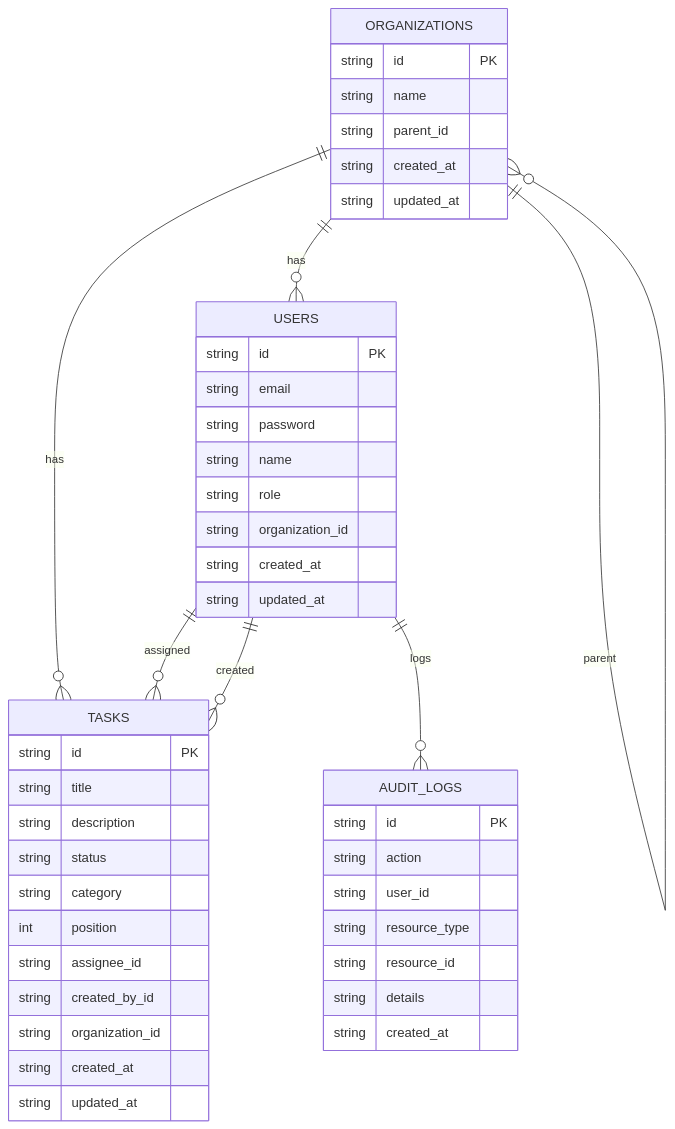
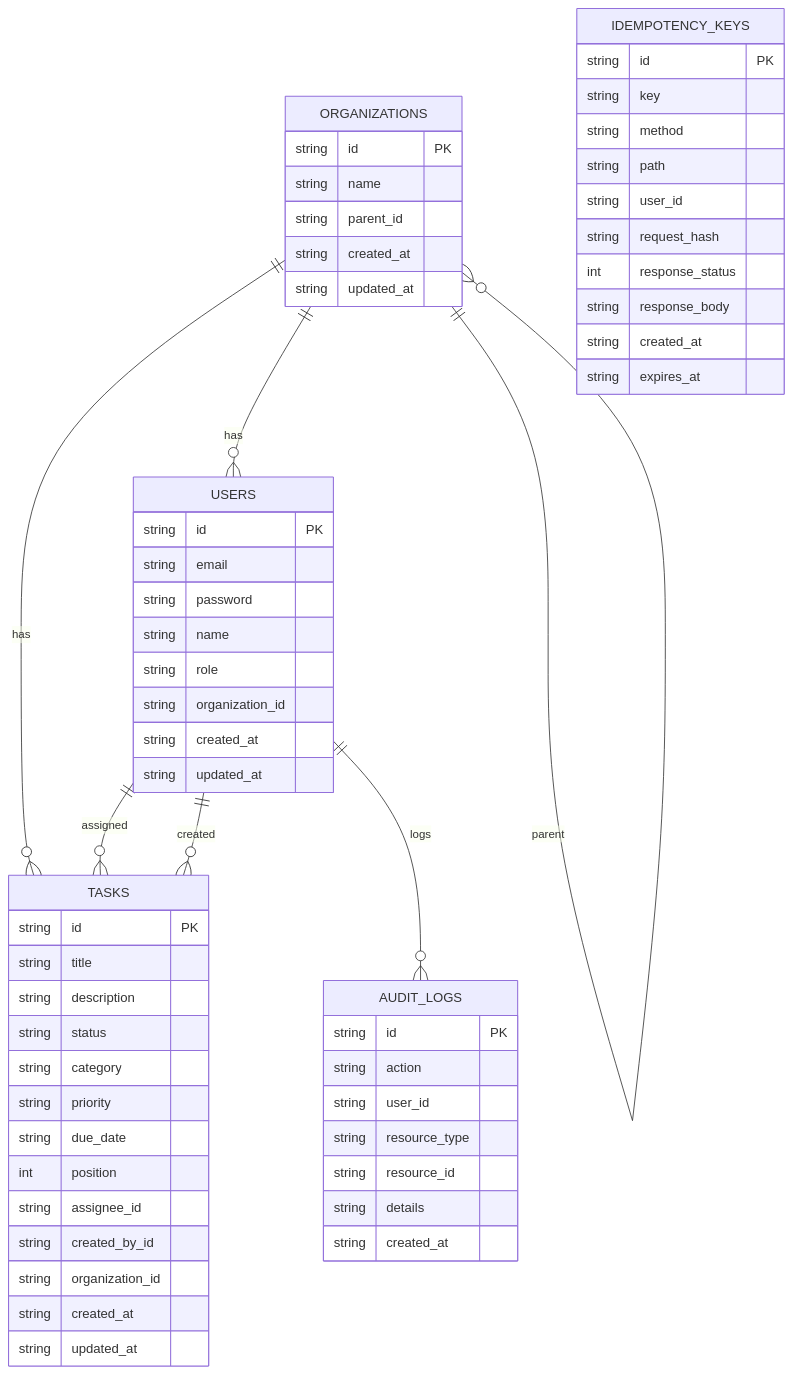
Before and after one commit to Kamlesh-62/Kamlesh-Prajapati-KPrajapati-0a19fc14-d0eb-42ed-850d-63023568a3e3: the diagram in README.md, drawn with Mermaid. The commit also changed other lines of this file, not shown here.

````diff
--- a/README.md
+++ b/README.md
@@ -64,49 +64,63 @@
 ```mermaid
 erDiagram
   ORGANIZATIONS {
     string id PK
     string name
     string parent_id
     string created_at
     string updated_at
   }
   USERS {
     string id PK
     string email
     string password
     string name
     string role
     string organization_id
     string created_at
     string updated_at
   }
   TASKS {
     string id PK
     string title
     string description
     string status
     string category
+    string priority
+    string due_date
     int position
     string assignee_id
     string created_by_id
     string organization_id
     string created_at
     string updated_at
+  }
+  IDEMPOTENCY_KEYS {
+    string id PK
+    string key
+    string method
+    string path
+    string user_id
+    string request_hash
+    int response_status
+    string response_body
+    string created_at
+    string expires_at
   }
   AUDIT_LOGS {
     string id PK
     string action
     string user_id
     string resource_type
     string resource_id
     string details
     string created_at
   }
 
   ORGANIZATIONS ||--o{ USERS : has
   ORGANIZATIONS ||--o{ TASKS : has
   USERS ||--o{ TASKS : assigned
   USERS ||--o{ TASKS : created
   USERS ||--o{ AUDIT_LOGS : logs
   ORGANIZATIONS ||--o{ ORGANIZATIONS : parent
 ```
````
